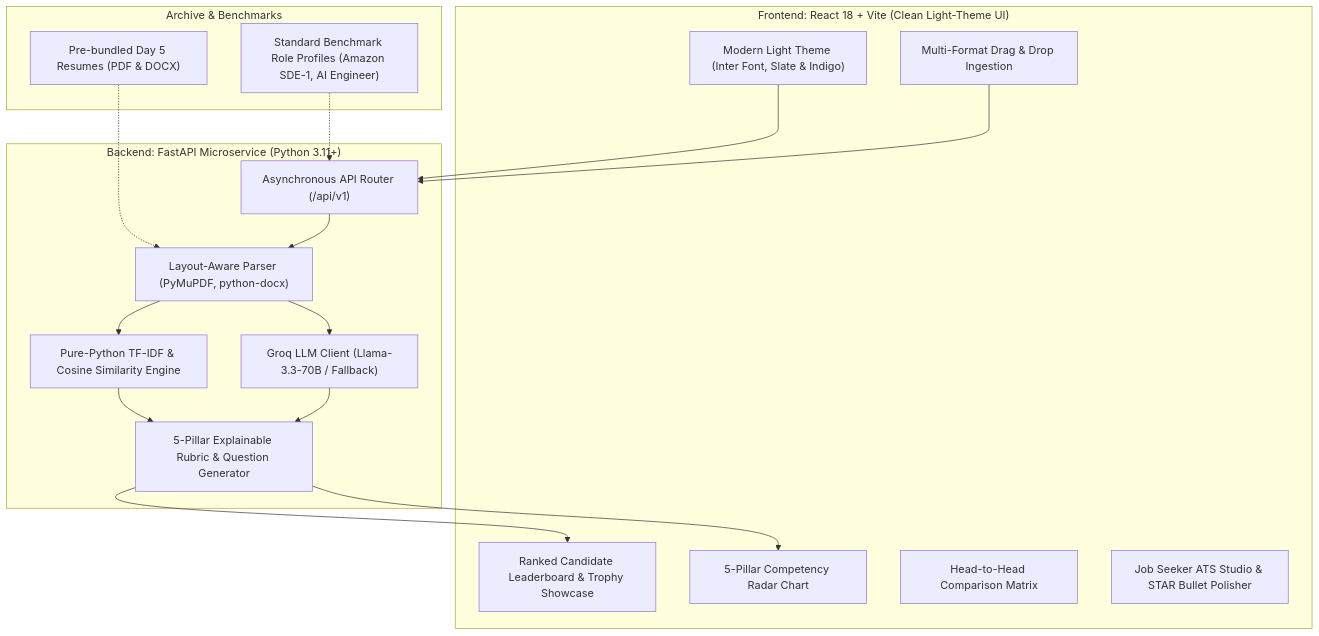
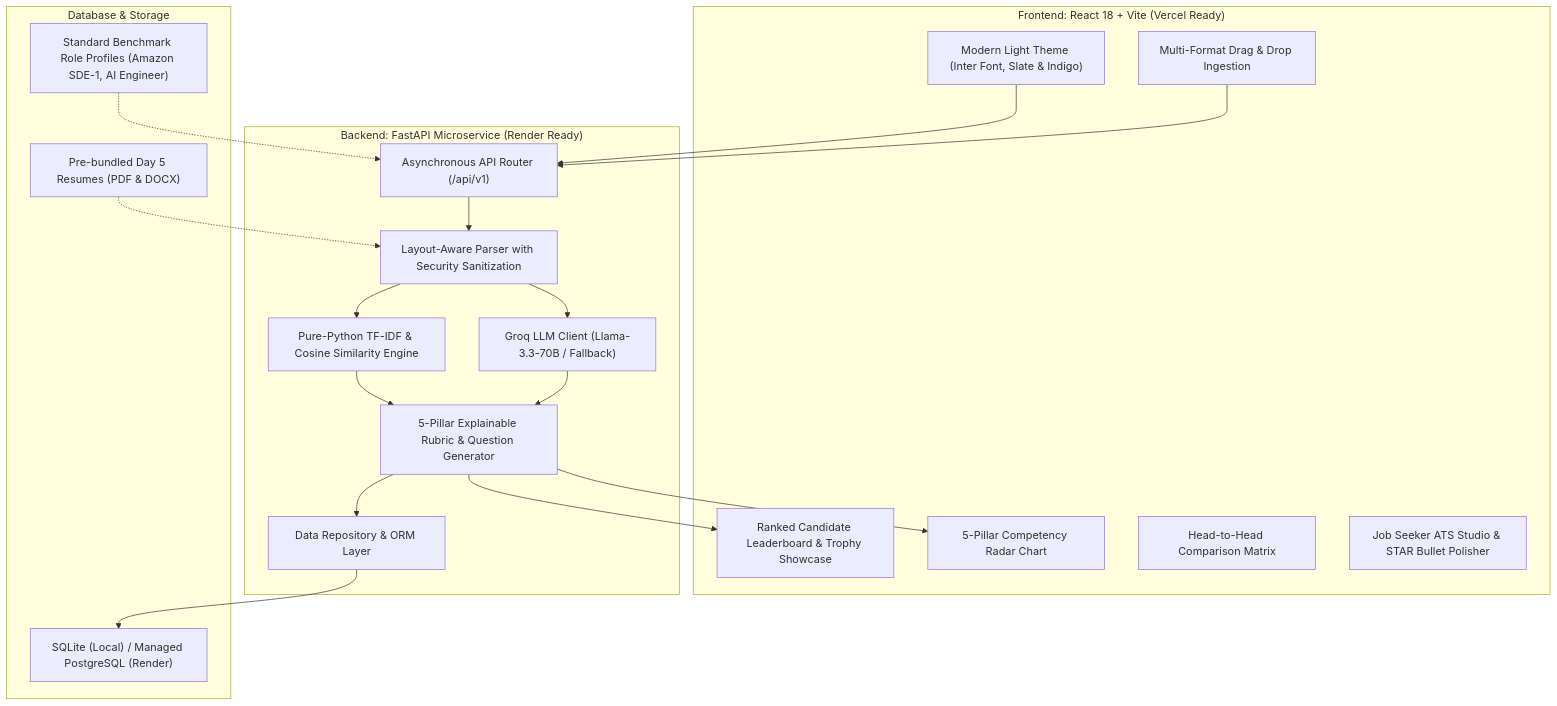
Before and after one commit to pranshu-rajan/ai-based-resume-parser: the diagram in README.md, drawn with Mermaid. The commit also changed other lines of this file and 14 other files, not shown here.

Commit message:
feat: add database persistence, Render & Vercel deployment blueprints, and 12-test edge case validation suite

````diff
--- a/README.md
+++ b/README.md
@@ -11,36 +11,40 @@
 ```mermaid
 graph TD
-    subgraph Client ["Frontend: React 18 + Vite (Clean Light-Theme UI)"]
+    subgraph Client ["Frontend: React 18 + Vite (Vercel Ready)"]
         UI["Modern Light Theme (Inter Font, Slate & Indigo)"]
         BatchUpload["Multi-Format Drag & Drop Ingestion"]
         Leaderboard["Ranked Candidate Leaderboard & Trophy Showcase"]
         RadarViz["5-Pillar Competency Radar Chart"]
         CompareMatrix["Head-to-Head Comparison Matrix"]
         ATSStudio["Job Seeker ATS Studio & STAR Bullet Polisher"]
     end
 
-    subgraph API ["Backend: FastAPI Microservice (Python 3.11+)"]
+    subgraph API ["Backend: FastAPI Microservice (Render Ready)"]
         Router["Asynchronous API Router (/api/v1)"]
-        DocExtractor["Layout-Aware Parser (PyMuPDF, python-docx)"]
+        DocExtractor["Layout-Aware Parser with Security Sanitization"]
         TfidfEngine["Pure-Python TF-IDF & Cosine Similarity Engine"]
         LLMOrchestrator["Groq LLM Client (Llama-3.3-70B / Fallback)"]
         EvaluationEngine["5-Pillar Explainable Rubric & Question Generator"]
+        Repo["Data Repository & ORM Layer"]
     end
 
-    subgraph Storage ["Archive & Benchmarks"]
+    subgraph Storage ["Database & Storage"]
+        DB["SQLite (Local) / Managed PostgreSQL (Render)"]
         Samples["Pre-bundled Day 5 Resumes (PDF & DOCX)"]
         JDs["Standard Benchmark Role Profiles (Amazon SDE-1, AI Engineer)"]
     end
 
     UI --> Router
     BatchUpload --> Router
     Router --> DocExtractor
     DocExtractor --> TfidfEngine
     DocExtractor --> LLMOrchestrator
     LLMOrchestrator --> EvaluationEngine
     TfidfEngine --> EvaluationEngine
+    EvaluationEngine --> Repo
+    Repo --> DB
     EvaluationEngine --> Leaderboard
     EvaluationEngine --> RadarViz
     Samples -.-> DocExtractor
     JDs -.-> Router
 ```
````
